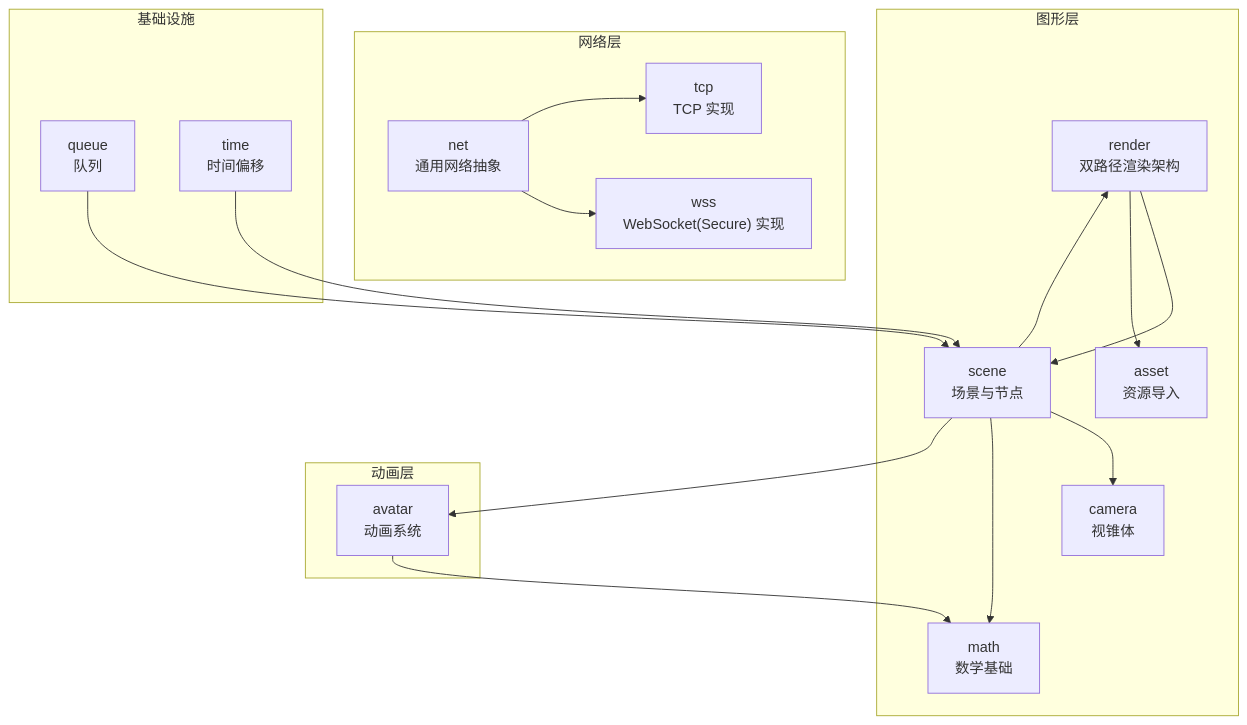
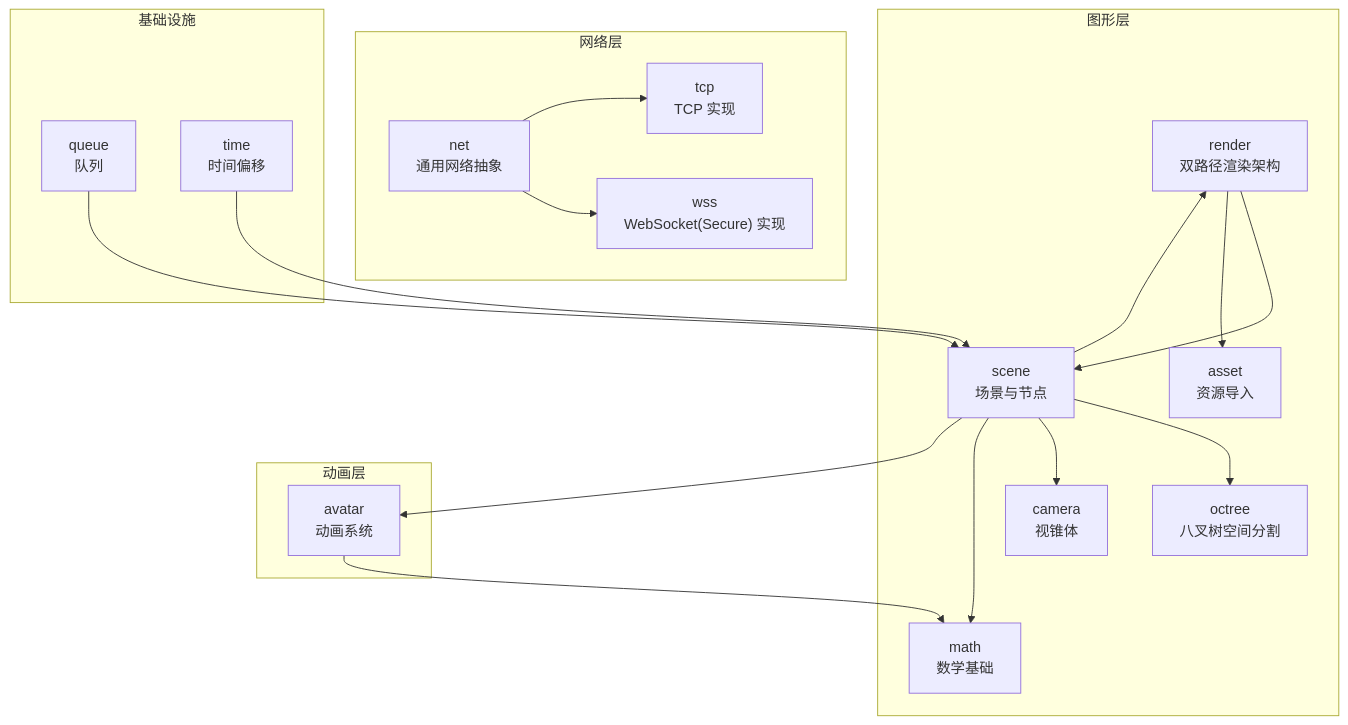
One commit to qianqians/geese changed the first of 8 diagrams in .qoder/repowiki/zh/content/扩展开发.md. Above: the diagram before and after it, drawn with Mermaid. The commit also changed other lines of this file and 12 other files, not shown here.

````diff
--- a/.qoder/repowiki/zh/content/扩展开发.md
+++ b/.qoder/repowiki/zh/content/扩展开发.md
@@ -74,33 +78,35 @@
 ```mermaid
 graph TB
 subgraph "图形层"
 R["render<br/>双路径渲染架构"]
 S["scene<br/>场景与节点"]
+O["octree<br/>八叉树空间分割"]
 C["camera<br/>视锥体"]
 M["math<br/>数学基础"]
 A["asset<br/>资源导入"]
 end
 subgraph "动画层"
 AV["avatar<br/>动画系统"]
 end
 subgraph "网络层"
 N["net<br/>通用网络抽象"]
 T["tcp<br/>TCP 实现"]
 W["wss<br/>WebSocket(Secure) 实现"]
 end
 subgraph "基础设施"
 Q["queue<br/>队列"]
 TI["time<br/>时间偏移"]
 end
 R --> S
+S --> O
 S --> C
 S --> M
 R --> A
 S --> AV
 AV --> M
 N --> T
 N --> W
 S --> R
 TI --> S
 Q --> S
 ```
````
